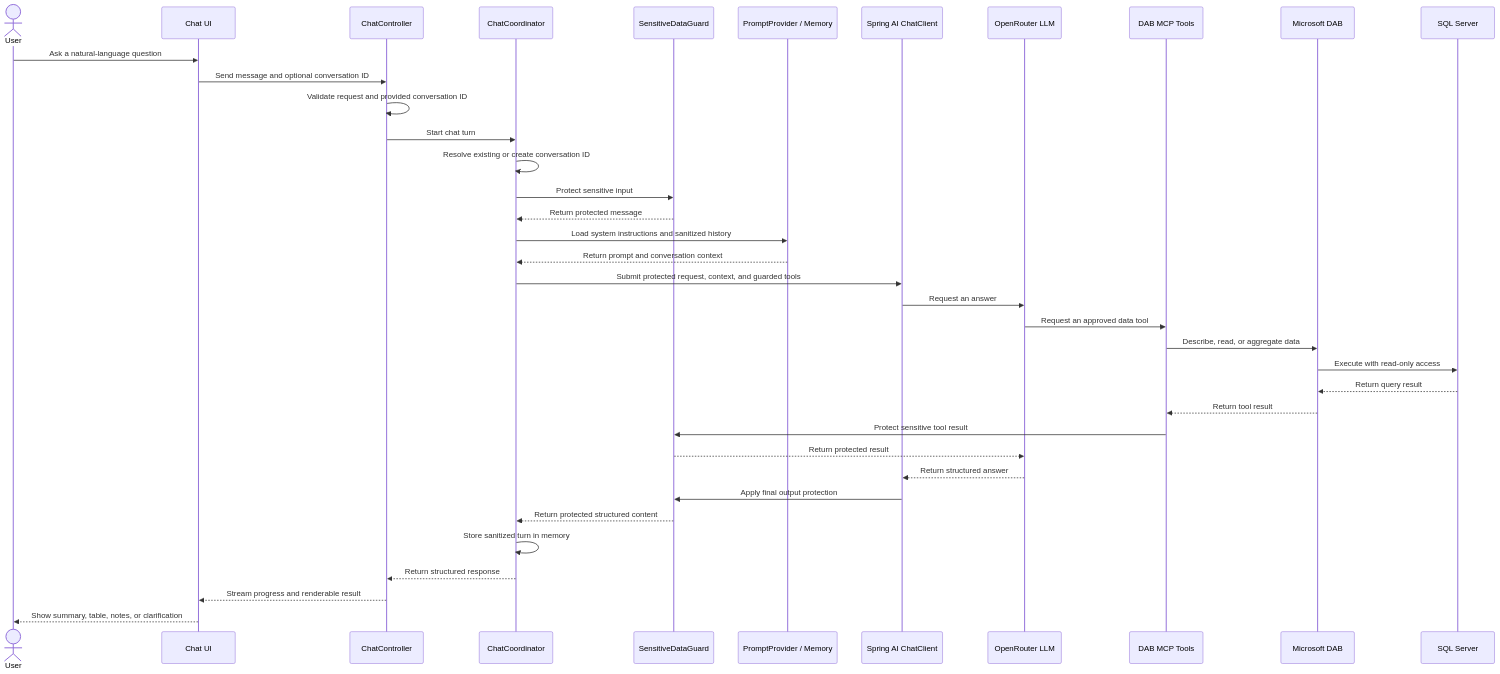
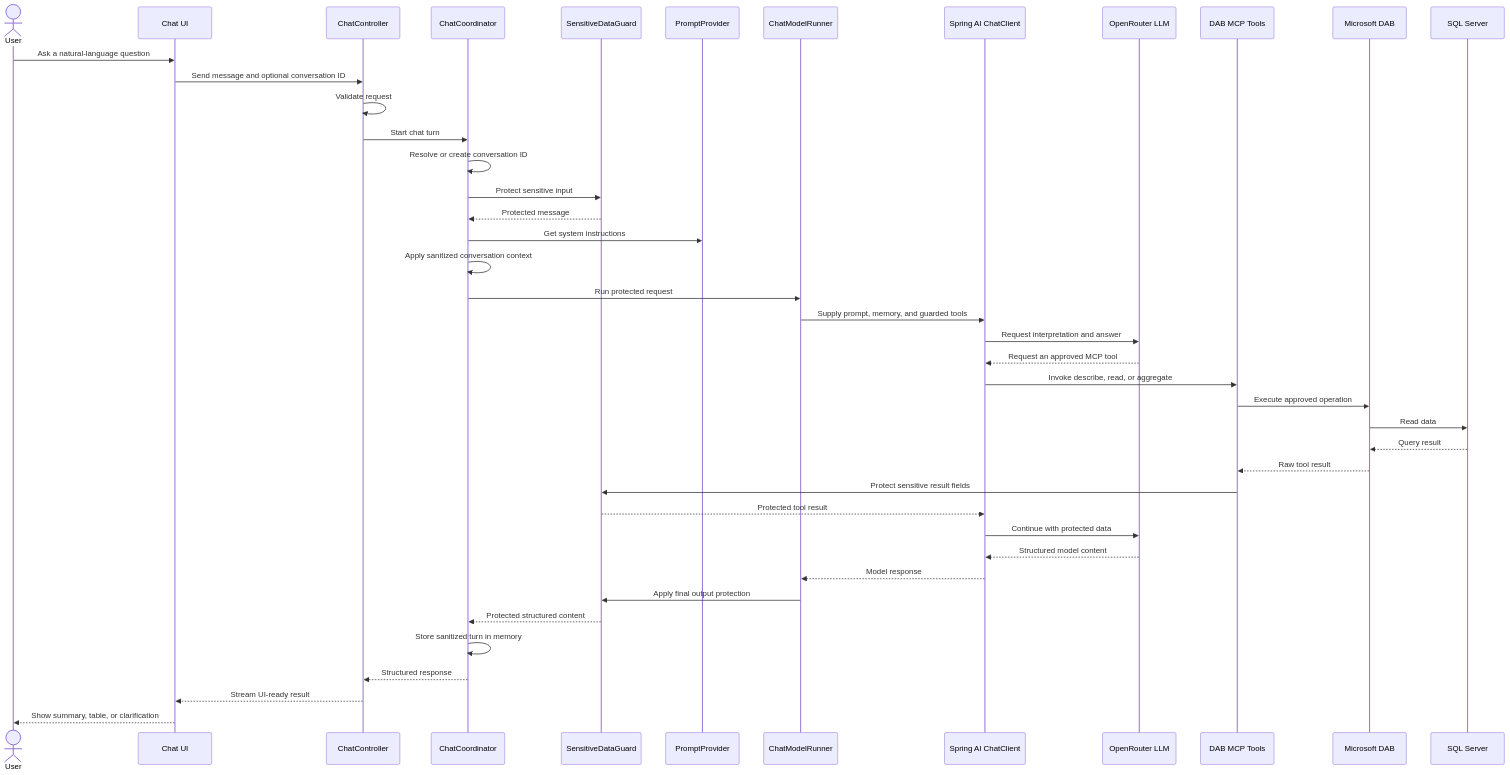
Before and after one commit to prakashmutyala07/sql-mcp: the second of 2 diagrams in docs/poc-architecture.md, drawn with Mermaid. The commit also changed other lines of this file, not shown here.

Commit message:
Add visual POC architecture documentation

````diff
--- a/docs/poc-architecture.md
+++ b/docs/poc-architecture.md
@@ -52,40 +107,45 @@
 ```mermaid
 sequenceDiagram
     actor User
     participant UI as Chat UI
-    participant Controller as ChatController
+    participant API as ChatController
     participant Coordinator as ChatCoordinator
     participant Guard as SensitiveDataGuard
-    participant Prompt as PromptProvider / Memory
+    participant Prompt as PromptProvider
+    participant Runner as ChatModelRunner
     participant Client as Spring AI ChatClient
     participant LLM as OpenRouter LLM
     participant MCP as DAB MCP Tools
     participant DAB as Microsoft DAB
     participant SQL as SQL Server
 
     User->>UI: Ask a natural-language question
-    UI->>Controller: Send message and optional conversation ID
-    Controller->>Controller: Validate request and provided conversation ID
-    Controller->>Coordinator: Start chat turn
-    Coordinator->>Coordinator: Resolve existing or create conversation ID
+    UI->>API: Send message and optional conversation ID
+    API->>API: Validate request
+    API->>Coordinator: Start chat turn
+    Coordinator->>Coordinator: Resolve or create conversation ID
     Coordinator->>Guard: Protect sensitive input
-    Guard-->>Coordinator: Return protected message
-    Coordinator->>Prompt: Load system instructions and sanitized history
-    Prompt-->>Coordinator: Return prompt and conversation context
-    Coordinator->>Client: Submit protected request, context, and guarded tools
-    Client->>LLM: Request an answer
-    LLM->>MCP: Request an approved data tool
-    MCP->>DAB: Describe, read, or aggregate data
-    DAB->>SQL: Execute with read-only access
-    SQL-->>DAB: Return query result
-    DAB-->>MCP: Return tool result
-    MCP->>Guard: Protect sensitive tool result
-    Guard-->>LLM: Return protected result
-    LLM-->>Client: Return structured answer
-    Client->>Guard: Apply final output protection
-    Guard-->>Coordinator: Return protected structured content
+    Guard-->>Coordinator: Protected message
+    Coordinator->>Prompt: Get system instructions
+    Coordinator->>Coordinator: Apply sanitized conversation context
+    Coordinator->>Runner: Run protected request
+    Runner->>Client: Supply prompt, memory, and guarded tools
+    Client->>LLM: Request interpretation and answer
+    LLM-->>Client: Request an approved MCP tool
+    Client->>MCP: Invoke describe, read, or aggregate
+    MCP->>DAB: Execute approved operation
+    DAB->>SQL: Read data
+    SQL-->>DAB: Query result
+    DAB-->>MCP: Raw tool result
+    MCP->>Guard: Protect sensitive result fields
+    Guard-->>Client: Protected tool result
+    Client->>LLM: Continue with protected data
+    LLM-->>Client: Structured model content
+    Client-->>Runner: Model response
+    Runner->>Guard: Apply final output protection
+    Guard-->>Coordinator: Protected structured content
     Coordinator->>Coordinator: Store sanitized turn in memory
-    Coordinator-->>Controller: Return structured response
-    Controller-->>UI: Stream progress and renderable result
-    UI-->>User: Show summary, table, notes, or clarification
+    Coordinator-->>API: Structured response
+    API-->>UI: Stream UI-ready result
+    UI-->>User: Show summary, table, or clarification
 ```
````
